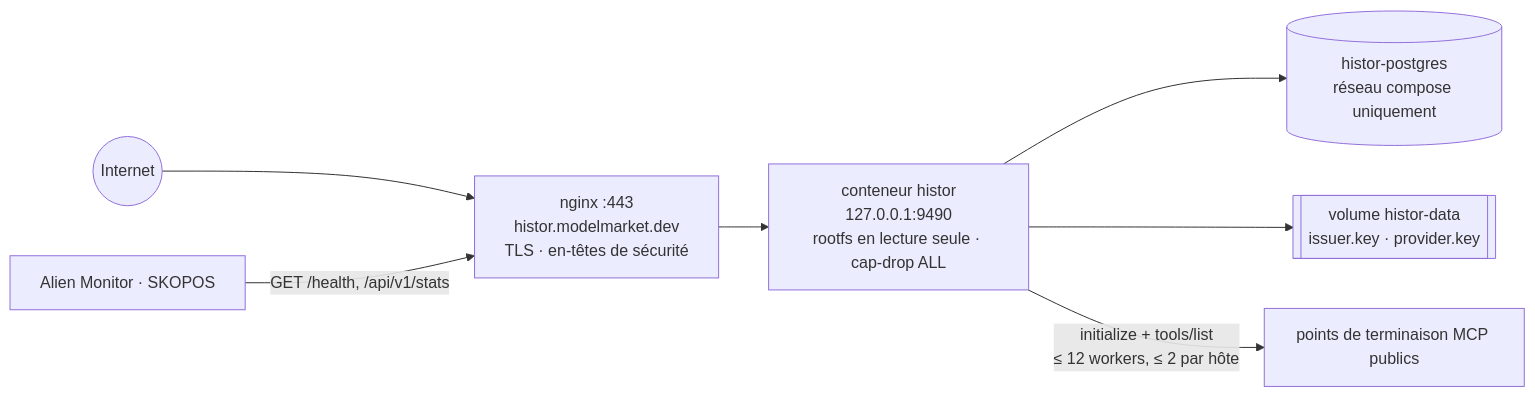
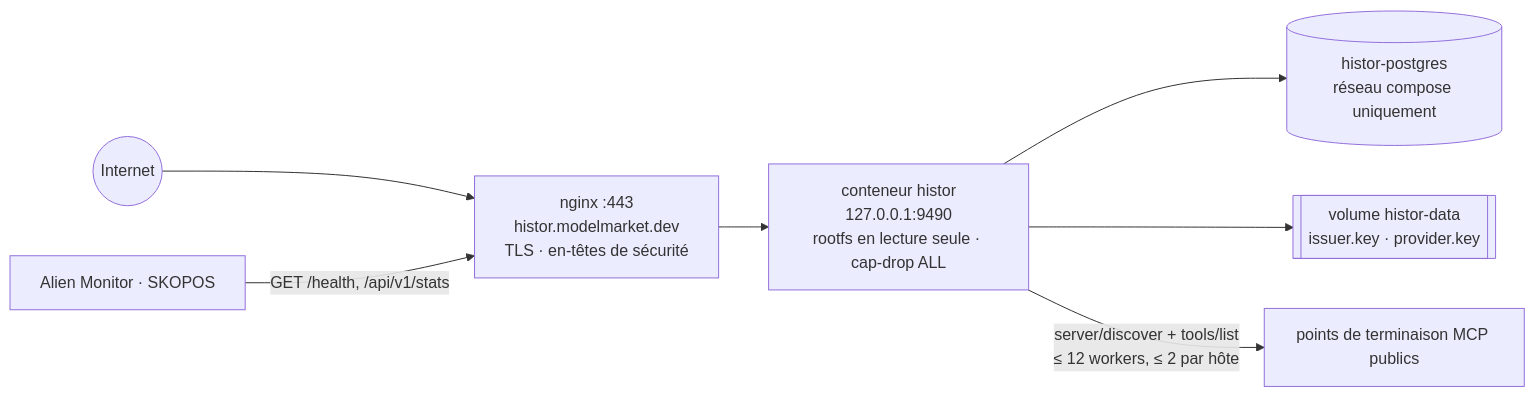
Before and after one commit to alexar76/histor: the first of 3 diagrams in docs/operations.fr.md, drawn with Mermaid. The commit also changed other lines of this file and 78 other files, not shown here.

````diff
--- a/docs/operations.fr.md
+++ b/docs/operations.fr.md
@@ -7,9 +7,9 @@
 ```mermaid
 flowchart LR
     NET(("Internet")) --> NGINX["nginx :443<br/>histor.modelmarket.dev<br/>TLS · en-têtes de sécurité"]
     NGINX --> APP["conteneur histor<br/>127.0.0.1:9490<br/>rootfs en lecture seule · cap-drop ALL"]
     APP --> PG[("histor-postgres<br/>réseau compose uniquement")]
     APP --> VOL[["volume histor-data<br/>issuer.key · provider.key"]]
-    APP -- "initialize + tools/list<br/>≤ 12 workers, ≤ 2 par hôte" --> MCP["points de terminaison MCP publics"]
+    APP -- "server/discover + tools/list<br/>≤ 12 workers, ≤ 2 par hôte" --> MCP["points de terminaison MCP publics"]
     MON["Alien Monitor · SKOPOS"] -- "GET /health, /api/v1/stats" --> NGINX
 ```
````
